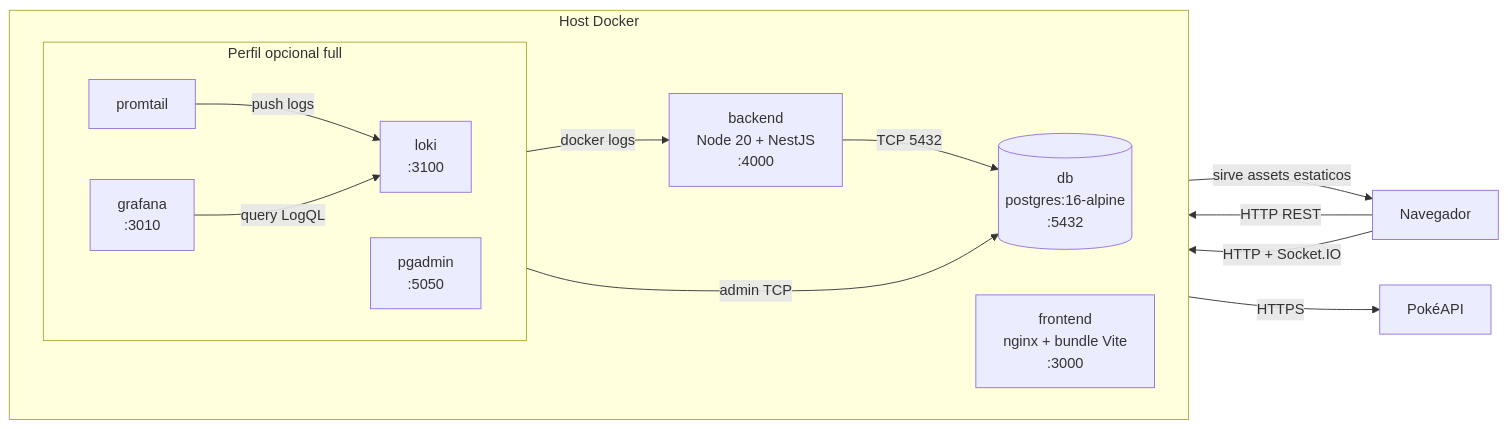
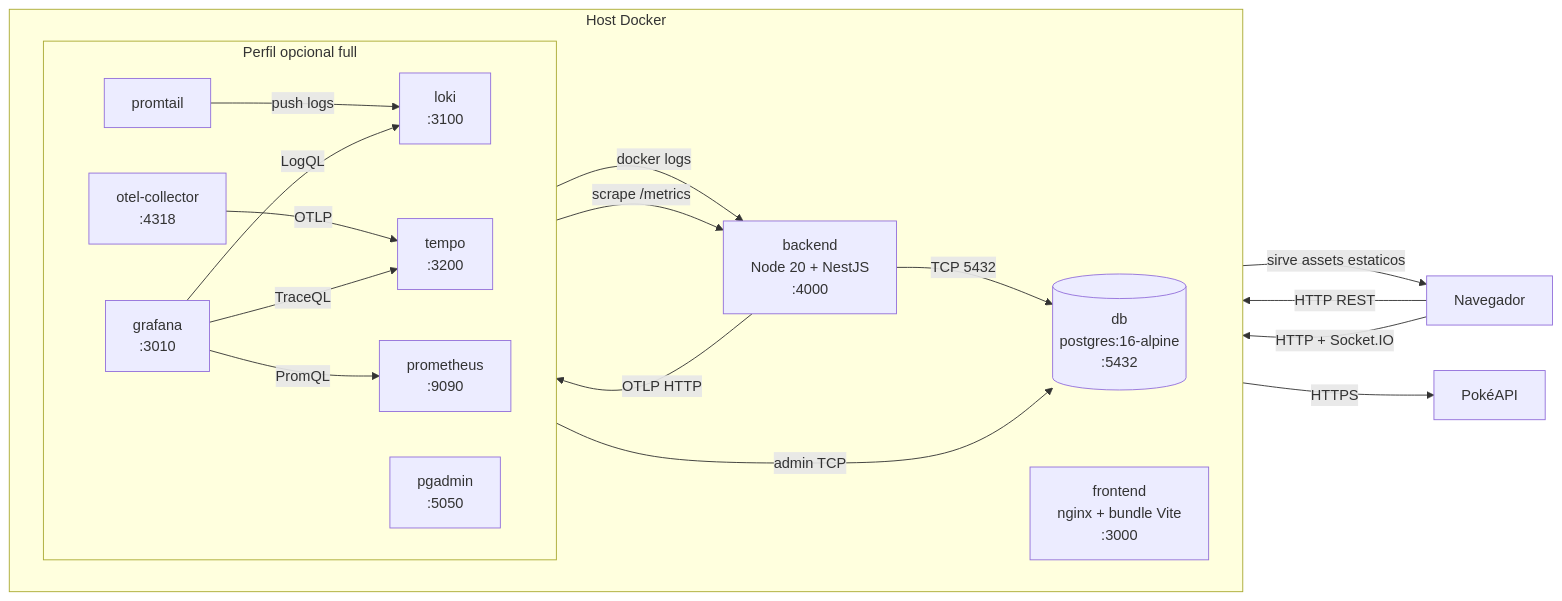
The second of 2 diagrams in README.md (cmoyanoch/test-full-stack), drawn with Mermaid before and after one commit. The commit also changed other lines of this file and 3 other files, not shown here.

````diff
--- a/README.md
+++ b/README.md
@@ -68,31 +68,39 @@
 ```mermaid
 flowchart LR
   subgraph host [Host Docker]
     direction LR
     feCtr["frontend<br/>nginx + bundle Vite<br/>:3000"]
     beCtr["backend<br/>Node 20 + NestJS<br/>:4000"]
     dbCtr[("db<br/>postgres:16-alpine<br/>:5432")]
 
     subgraph fullProfile [Perfil opcional full]
       direction LR
       promtail["promtail"]
       loki["loki<br/>:3100"]
+      prometheus["prometheus<br/>:9090"]
+      otelcol["otel-collector<br/>:4318"]
+      tempo["tempo<br/>:3200"]
       grafana["grafana<br/>:3010"]
       pgadmin["pgadmin<br/>:5050"]
     end
   end
 
   browser["Navegador"]
   pokeapi["PokéAPI"]
 
   browser -->|"HTTP REST"| feCtr
   browser -->|"HTTP + Socket.IO"| beCtr
   feCtr -->|"sirve assets estaticos"| browser
   beCtr -->|"TCP 5432"| dbCtr
   beCtr -->|"HTTPS"| pokeapi
 
   promtail -->|"docker logs"| beCtr
   promtail -->|"push logs"| loki
-  grafana -->|"query LogQL"| loki
+  prometheus -->|"scrape /metrics"| beCtr
+  beCtr -->|"OTLP HTTP"| otelcol
+  otelcol -->|"OTLP"| tempo
+  grafana -->|"LogQL"| loki
+  grafana -->|"PromQL"| prometheus
+  grafana -->|"TraceQL"| tempo
   pgadmin -->|"admin TCP"| dbCtr
 ```
````
